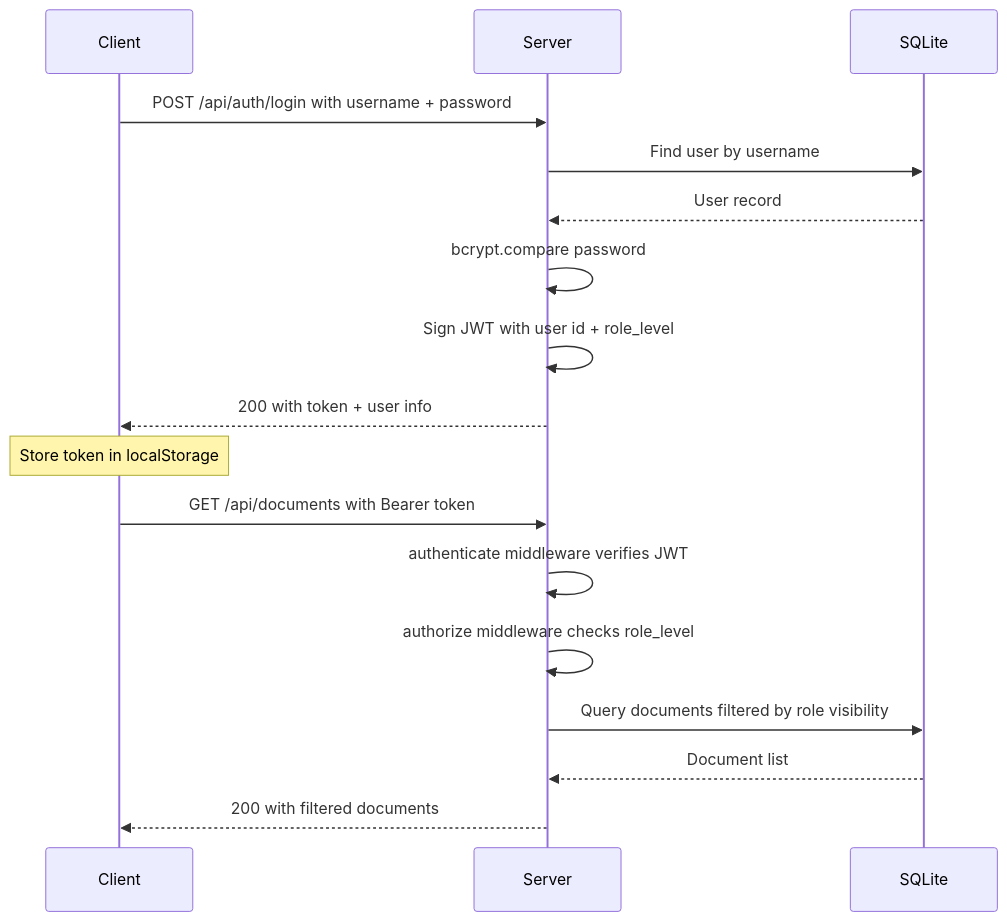
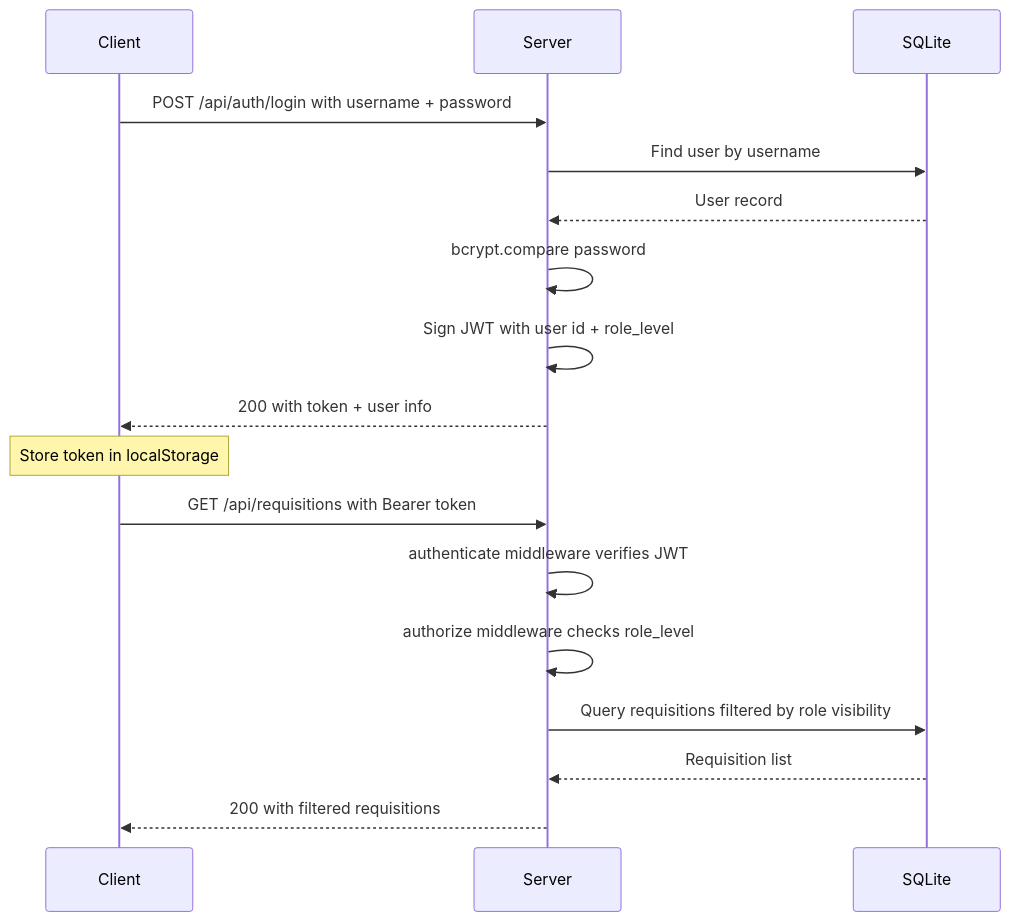
The third of 3 diagrams in ARCHITECTURE.md (AndresFelipeGA/cid-aprueba), drawn with Mermaid before and after one commit. The commit also changed other lines of this file and 18 other files, not shown here.

````diff
--- a/ARCHITECTURE.md
+++ b/ARCHITECTURE.md
@@ -287,22 +284,22 @@
 ```mermaid
 sequenceDiagram
     participant C as Client
     participant S as Server
     participant DB as SQLite
 
     C->>S: POST /api/auth/login with username + password
     S->>DB: Find user by username
     DB-->>S: User record
     S->>S: bcrypt.compare password
     S->>S: Sign JWT with user id + role_level
     S-->>C: 200 with token + user info
 
     Note over C: Store token in localStorage
 
-    C->>S: GET /api/documents with Bearer token
+    C->>S: GET /api/requisitions with Bearer token
     S->>S: authenticate middleware verifies JWT
     S->>S: authorize middleware checks role_level
-    S->>DB: Query documents filtered by role visibility
-    DB-->>S: Document list
-    S-->>C: 200 with filtered documents
+    S->>DB: Query requisitions filtered by role visibility
+    DB-->>S: Requisition list
+    S-->>C: 200 with filtered requisitions
 ```
````
